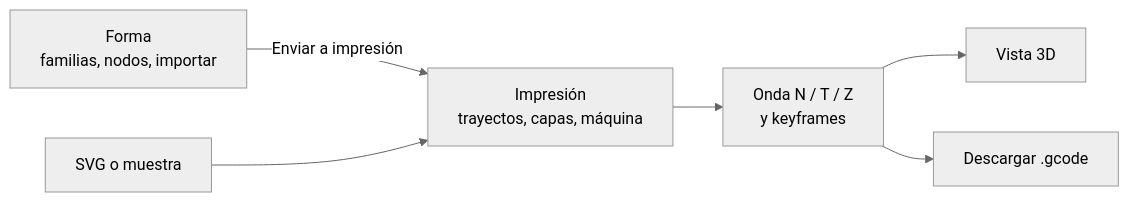
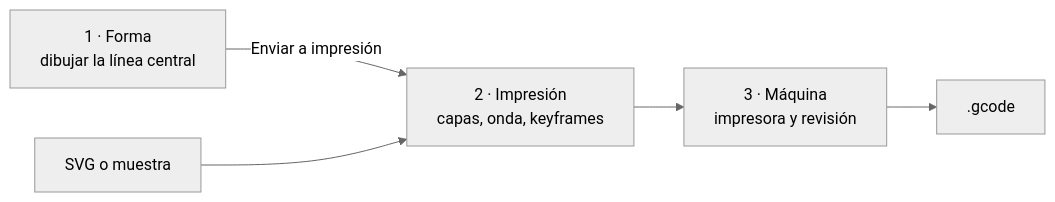
One commit to Cranmellar/barrocode changed the first of 2 diagrams in README.md. Above: the diagram before and after it, drawn with Mermaid (neutral theme). The commit also changed other lines of this file and 2 other files, not shown here.

````diff
--- a/README.md
+++ b/README.md
@@ -19,8 +24,7 @@
 ```mermaid
 flowchart LR
-  F["Forma<br/>familias, nodos, importar"] -- "Enviar a impresión" --> P
-  S["SVG o muestra"] --> P["Impresión<br/>trayectos, capas, máquina"]
-  P --> W["Onda N / T / Z<br/>y keyframes"]
-  W --> V["Vista 3D"]
-  W --> G["Descargar .gcode"]
+  F["1 · Forma<br/>dibujar la línea central"] -- "Enviar a impresión" --> I
+  S["SVG o muestra"] --> I["2 · Impresión<br/>capas, onda, keyframes"]
+  I --> M["3 · Máquina<br/>impresora y revisión"]
+  M --> G[".gcode"]
 ```
````
